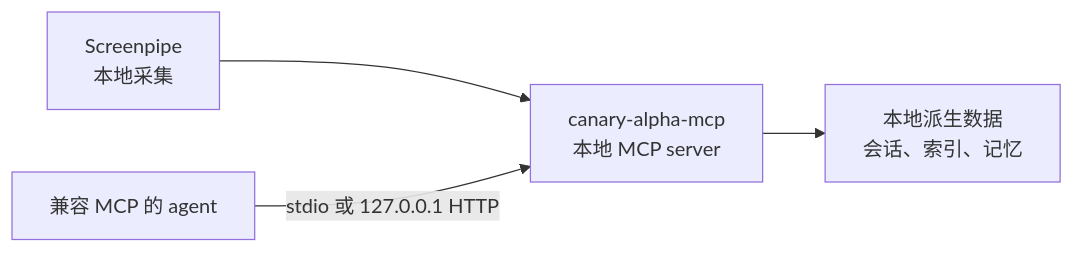
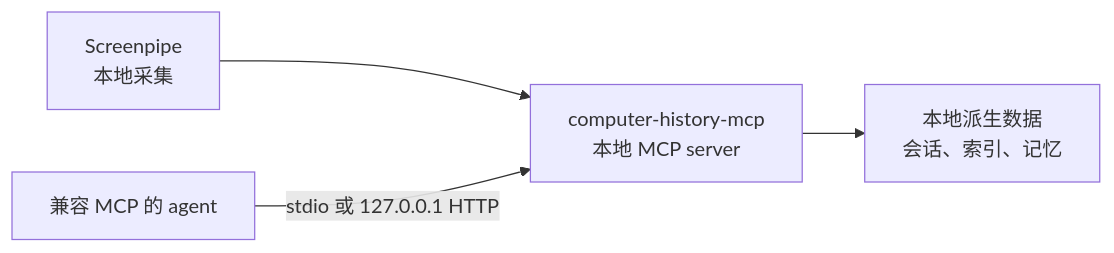
The diagram in README.zh-CN.md (xiaozhenliu/canary-alpha), drawn with Mermaid before and after one commit. The commit also changed other lines of this file and 229 other files, not shown here.

First line of the commit message:
release: computer-history-mcp v2.7.3

````diff
--- a/README.zh-CN.md
+++ b/README.zh-CN.md
@@ -118,6 +113,6 @@
 ```mermaid
 flowchart LR
-  SP["Screenpipe<br/>本地采集"] --> MCP["canary-alpha-mcp<br/>本地 MCP server"]
+  SP["Screenpipe<br/>本地采集"] --> MCP["computer-history-mcp<br/>本地 MCP server"]
   MCP --> DATA["本地派生数据<br/>会话、索引、记忆"]
   CLIENT["兼容 MCP 的 agent"] -->|"stdio 或 127.0.0.1 HTTP"| MCP
 ```
````
